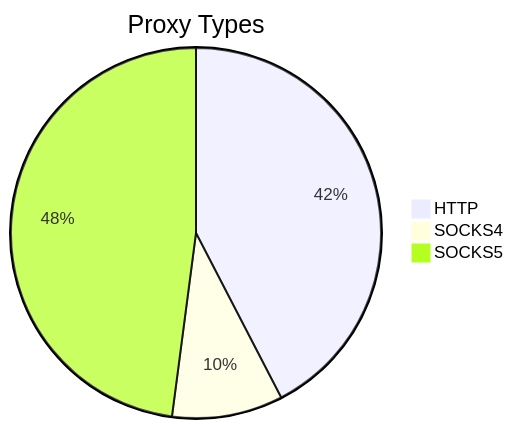
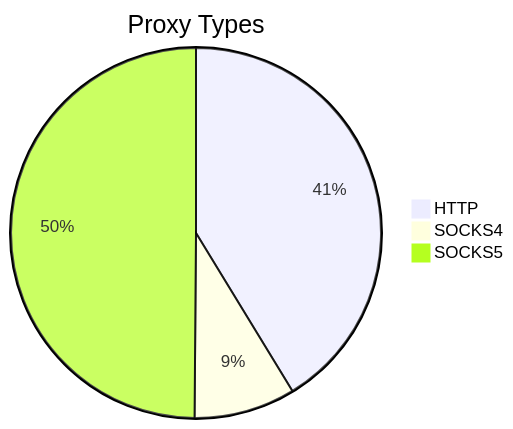
The first of 2 diagrams in README.md (stormsia/proxy-list), drawn with Mermaid before and after one commit. The commit also changed other lines of this file, not shown here.

````diff
--- a/README.md
+++ b/README.md
@@ -21,6 +21,6 @@
 ```mermaid
 pie title Proxy Types
-    "HTTP" : 92
-    "SOCKS4" : 21
-    "SOCKS5" : 104
+    "HTTP" : 168
+    "SOCKS4" : 36
+    "SOCKS5" : 203
 ```
````
